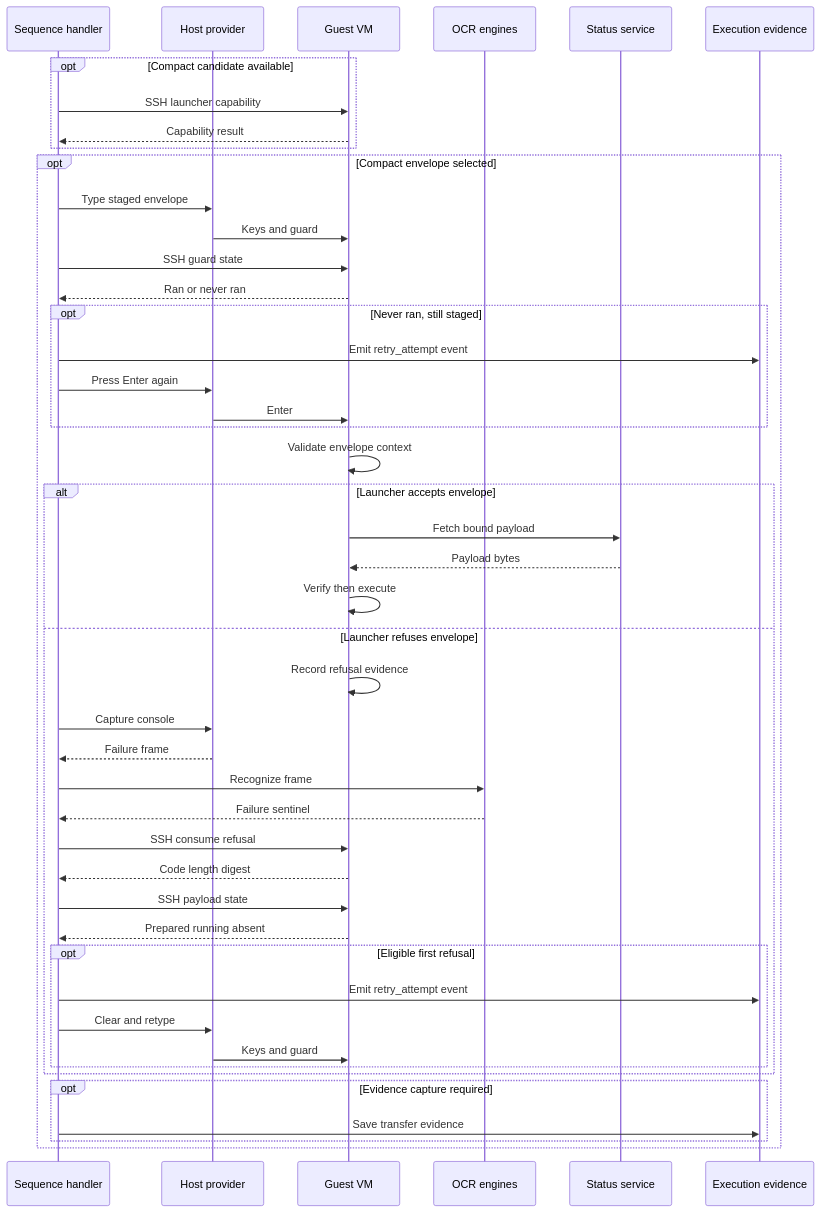
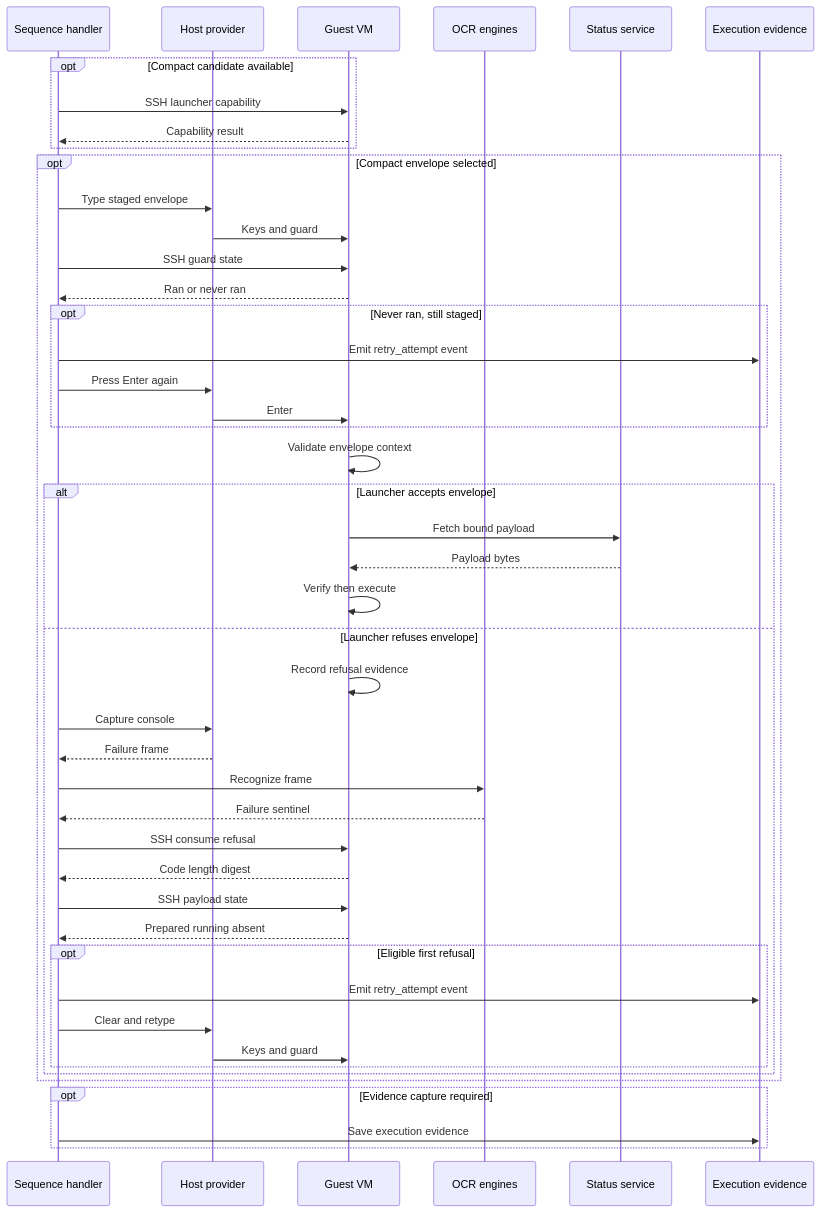
Before and after one commit to alissonsol/yuruna: the fifth of 18 diagrams in docs/design/03-data-flows.md, drawn with Mermaid. The commit also changed other lines of this file and 1545 other files, not shown here.

````diff
--- a/docs/design/03-data-flows.md
+++ b/docs/design/03-data-flows.md
@@ -156,48 +217,48 @@
 ```mermaid
 sequenceDiagram
     participant test-sequence-handler-psm1 as Sequence handler
     participant yuruna-host-contract-psm1 as Host provider
     participant guest-vm as Guest VM
     participant test-ocr-engine-psm1 as OCR engines
     participant start-status-service-ps1 as Status service
     participant fetch-and-execute-evidence-json as Execution evidence
     opt Compact candidate available
         test-sequence-handler-psm1->>guest-vm: SSH launcher capability
         guest-vm-->>test-sequence-handler-psm1: Capability result
     end
     opt Compact envelope selected
         test-sequence-handler-psm1->>yuruna-host-contract-psm1: Type staged envelope
         yuruna-host-contract-psm1->>guest-vm: Keys and guard
         test-sequence-handler-psm1->>guest-vm: SSH guard state
         guest-vm-->>test-sequence-handler-psm1: Ran or never ran
         opt Never ran, still staged
             test-sequence-handler-psm1->>fetch-and-execute-evidence-json: Emit retry_attempt event
             test-sequence-handler-psm1->>yuruna-host-contract-psm1: Press Enter again
             yuruna-host-contract-psm1->>guest-vm: Enter
         end
         guest-vm->>guest-vm: Validate envelope context
         alt Launcher accepts envelope
             guest-vm->>start-status-service-ps1: Fetch bound payload
             start-status-service-ps1-->>guest-vm: Payload bytes
             guest-vm->>guest-vm: Verify then execute
         else Launcher refuses envelope
             guest-vm->>guest-vm: Record refusal evidence
             test-sequence-handler-psm1->>yuruna-host-contract-psm1: Capture console
             yuruna-host-contract-psm1-->>test-sequence-handler-psm1: Failure frame
             test-sequence-handler-psm1->>test-ocr-engine-psm1: Recognize frame
             test-ocr-engine-psm1-->>test-sequence-handler-psm1: Failure sentinel
             test-sequence-handler-psm1->>guest-vm: SSH consume refusal
             guest-vm-->>test-sequence-handler-psm1: Code length digest
             test-sequence-handler-psm1->>guest-vm: SSH payload state
             guest-vm-->>test-sequence-handler-psm1: Prepared running absent
             opt Eligible first refusal
                 test-sequence-handler-psm1->>fetch-and-execute-evidence-json: Emit retry_attempt event
                 test-sequence-handler-psm1->>yuruna-host-contract-psm1: Clear and retype
                 yuruna-host-contract-psm1->>guest-vm: Keys and guard
             end
         end
-        opt Evidence capture required
-            test-sequence-handler-psm1->>fetch-and-execute-evidence-json: Save transfer evidence
-        end
+    end
+    opt Evidence capture required
+        test-sequence-handler-psm1->>fetch-and-execute-evidence-json: Save execution evidence
     end
 ```
````
